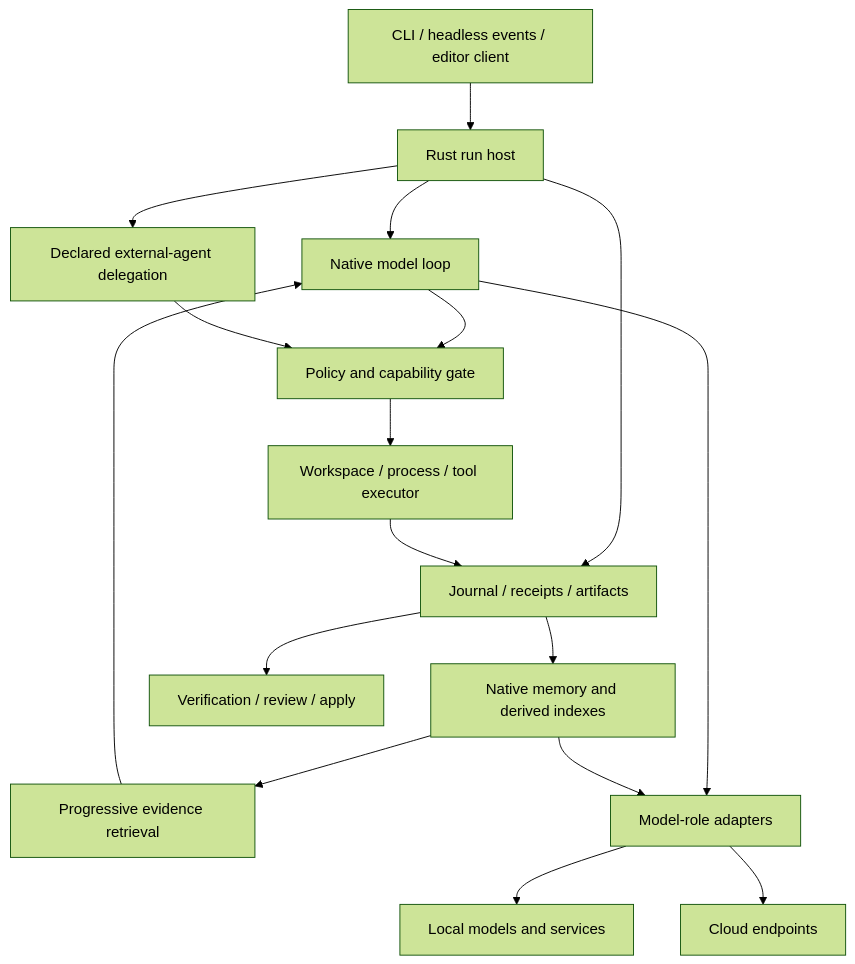
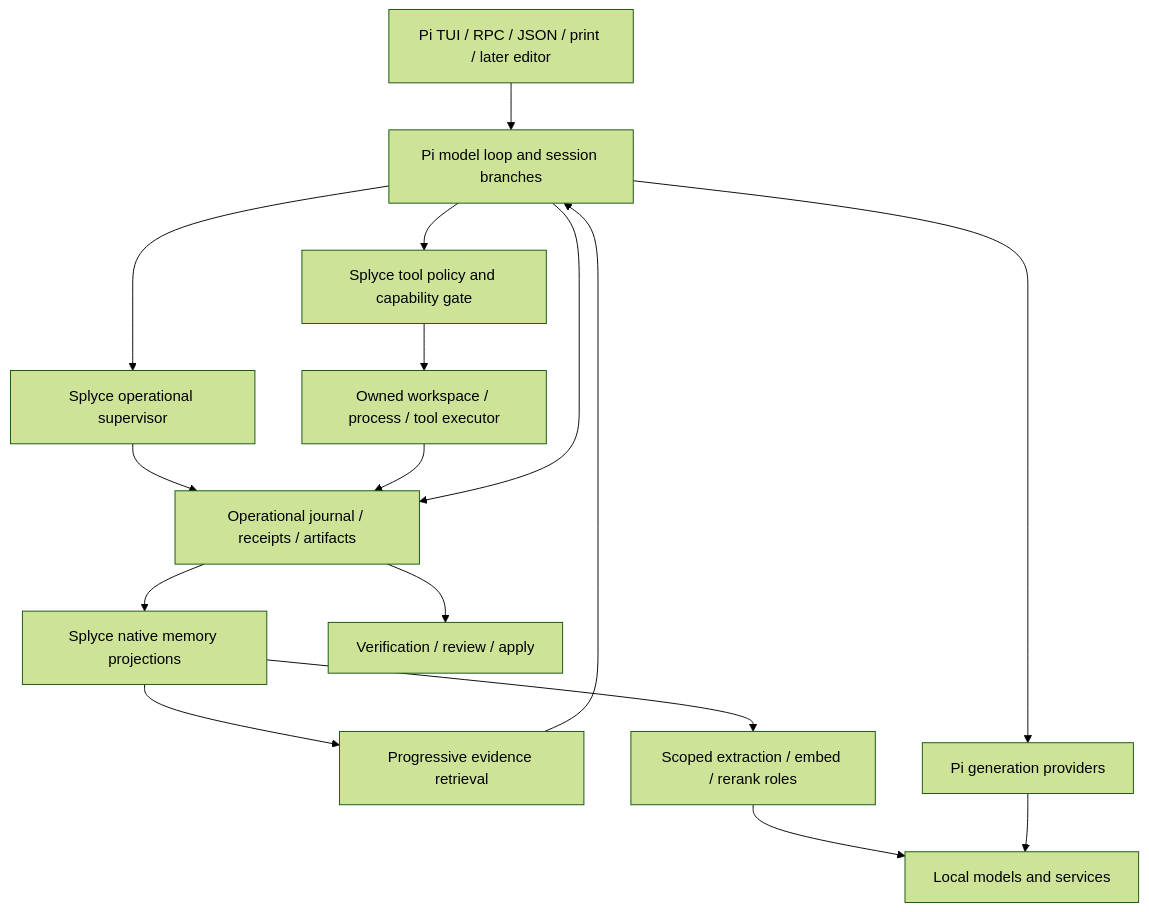
One commit to OctoKon/Octo-Harness changed the diagram in MASTER-PLAN.md. Above: the diagram before and after it, drawn with Mermaid (forest theme). The commit also changed other lines of this file and 60 other files, not shown here.

````diff
--- a/MASTER-PLAN.md
+++ b/MASTER-PLAN.md
@@ -15,19 +31,18 @@
 ```mermaid
 flowchart TB
-    C[CLI / headless events / editor client] --> H[Rust run host]
-    H --> N[Native model loop]
-    H --> D[Declared external-agent delegation]
-    N --> P[Policy and capability gate]
-    D --> P
-    P --> X[Workspace / process / tool executor]
-    H --> J[Journal / receipts / artifacts]
+    C[Pi TUI / RPC / JSON / print / later editor] --> H[Pi model loop and session branches]
+    H --> P[Splyce tool policy and capability gate]
+    H --> S[Splyce operational supervisor]
+    P --> X[Owned workspace / process / tool executor]
+    S --> J[Operational journal / receipts / artifacts]
     X --> J
-    J --> M[Native memory and derived indexes]
+    H --> J
+    J --> M[Splyce native memory projections]
     M --> R[Progressive evidence retrieval]
-    R --> N
-    N --> A[Model-role adapters]
-    M --> A
+    R --> H
+    H --> A[Pi generation providers]
+    M --> Q[Scoped extraction / embed / rerank roles]
+    Q --> L
     A --> L[Local models and services]
-    A --> K[Cloud endpoints]
     J --> V[Verification / review / apply]
 ```
````
